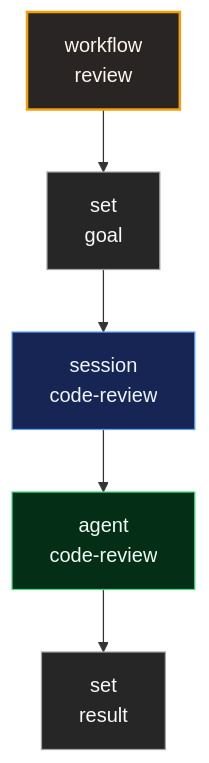
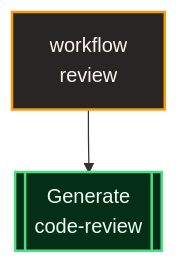
The diagram in docs-site/src/lib/generated/workflows/review.mmd (tylergannon/gimbal), drawn with Mermaid before and after one commit. The commit also changed 9 other files, not shown here.

Commit message:
Simplify generated workflow diagrams (#327)

```diff
--- a/docs-site/src/lib/generated/workflows/review.mmd
+++ b/docs-site/src/lib/generated/workflows/review.mmd
@@ -1,22 +1,14 @@
 %% Code generated by gimblegen. DO NOT EDIT.
 flowchart TD
   n1["workflow<br/>review"]:::workflow
-  n2["set<br/>goal"]:::data
-  n3["session<br/>code-review"]:::session
-  n2 --> n3
-  n4["agent<br/>code-review"]:::agent
-  n3 --> n4
-  n5["set<br/>result"]:::data
-  n4 --> n5
+  n2[["Generate<br/>code-review"]]:::generate
   n1 --> n2
   classDef workflow fill:#292524,stroke:#f59e0b,color:#fff7ed,stroke-width:2px
-  classDef session fill:#172554,stroke:#60a5fa,color:#eff6ff
-  classDef agent fill:#052e16,stroke:#4ade80,color:#f0fdf4
+  classDef generate fill:#052e16,stroke:#4ade80,color:#f0fdf4,stroke-width:2px
   classDef interview fill:#3b0764,stroke:#c084fc,color:#faf5ff
-  classDef command fill:#451a03,stroke:#fbbf24,color:#fffbeb
-  classDef data fill:#262626,stroke:#a3a3a3,color:#fafafa
+  classDef command fill:#451a03,stroke:#fbbf24,color:#fffbeb,stroke-width:2px
   classDef structure fill:#2e1065,stroke:#a78bfa,color:#f5f3ff,stroke-width:2px
-  classDef service fill:#082f49,stroke:#38bdf8,color:#f0f9ff,stroke-dasharray:5 3
-  classDef supervisor fill:#431407,stroke:#fb923c,color:#fff7ed,stroke-dasharray:5 3
+  classDef arm fill:#172554,stroke:#60a5fa,color:#eff6ff
+  classDef exit fill:#262626,stroke:#a3a3a3,color:#fafafa
   classDef diagnostic fill:#450a0a,stroke:#f87171,color:#fef2f2,stroke-width:2px
   classDef boundary fill:#1c1917,stroke:#78716c,color:#d6d3d1
```
